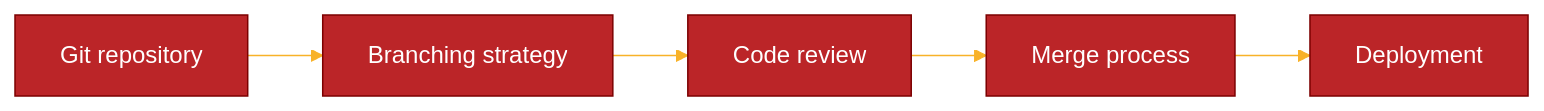
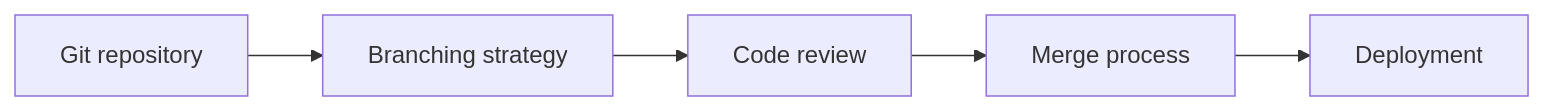
One commit to Geonitab/architecture_as_code changed the diagram in docs/images/diagram_03_kapitel2.mmd. Above: the diagram before and after it, drawn with Mermaid. The commit also changed 46 other files, not shown here.

Commit message:
Align Mermaid visuals with accessible Kvadrat theme

```diff
--- a/docs/images/diagram_03_kapitel2.mmd
+++ b/docs/images/diagram_03_kapitel2.mmd
@@ -1,16 +1,5 @@
----
-config:
-  theme: 'base'
-  themeVariables:
-    primaryColor: '#BB2528'
-    primaryTextColor: '#fff'
-    primaryBorderColor: '#7C0000'
-    lineColor: '#F8B229'
-    secondaryColor: '#006100'
-    tertiaryColor: '#fff'
----
 graph LR
-    A[Git repository] --> B[Branching strategy]
-    B --> C[Code review]
-    C --> D[Merge process]
-    D --> E[Deployment]
+    A[Git repository]:::kv-primary --> B[Branching strategy]:::kv-highlight
+    B --> C[Code review]:::kv-accent
+    C --> D[Merge process]:::kv-accent
+    D --> E[Deployment]:::kv-primary
```
